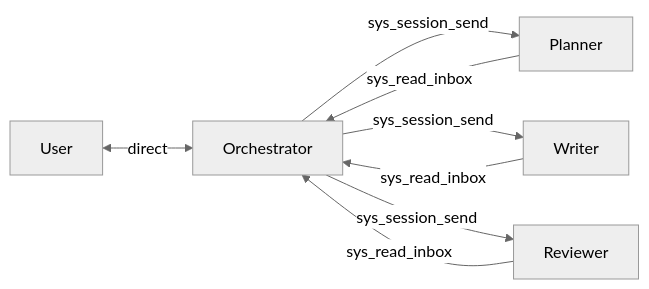
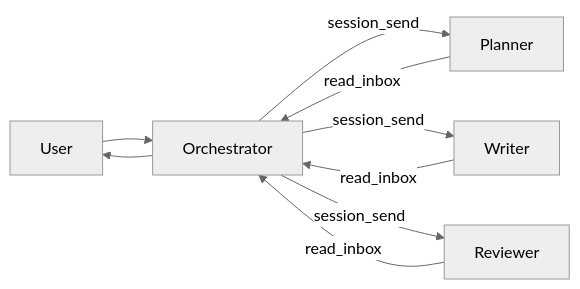
Before and after one commit to Jyoti-Ranjan-Das845/writing-suite: the second of 3 diagrams in docs/planning/architecture.md, drawn with Mermaid (neutral theme). The commit also changed other lines of this file and 2 other files, not shown here.

First line of the commit message:
docs: fix Mermaid diagrams for GitHub rendering

````diff
--- a/docs/planning/architecture.md
+++ b/docs/planning/architecture.md
@@ -167,10 +147,11 @@
 ```mermaid
 flowchart LR
-    U[User] <-->|direct| O[Orchestrator]
-    O -->|sys_session_send| P[Planner]
-    P -->|sys_read_inbox| O
-    O -->|sys_session_send| W[Writer]
-    W -->|sys_read_inbox| O
-    O -->|sys_session_send| R[Reviewer]
-    R -->|sys_read_inbox| O
+    U[User] --> O[Orchestrator]
+    O --> U
+    O -->|session_send| P[Planner]
+    P -->|read_inbox| O
+    O -->|session_send| W[Writer]
+    W -->|read_inbox| O
+    O -->|session_send| R[Reviewer]
+    R -->|read_inbox| O
 ```
````
